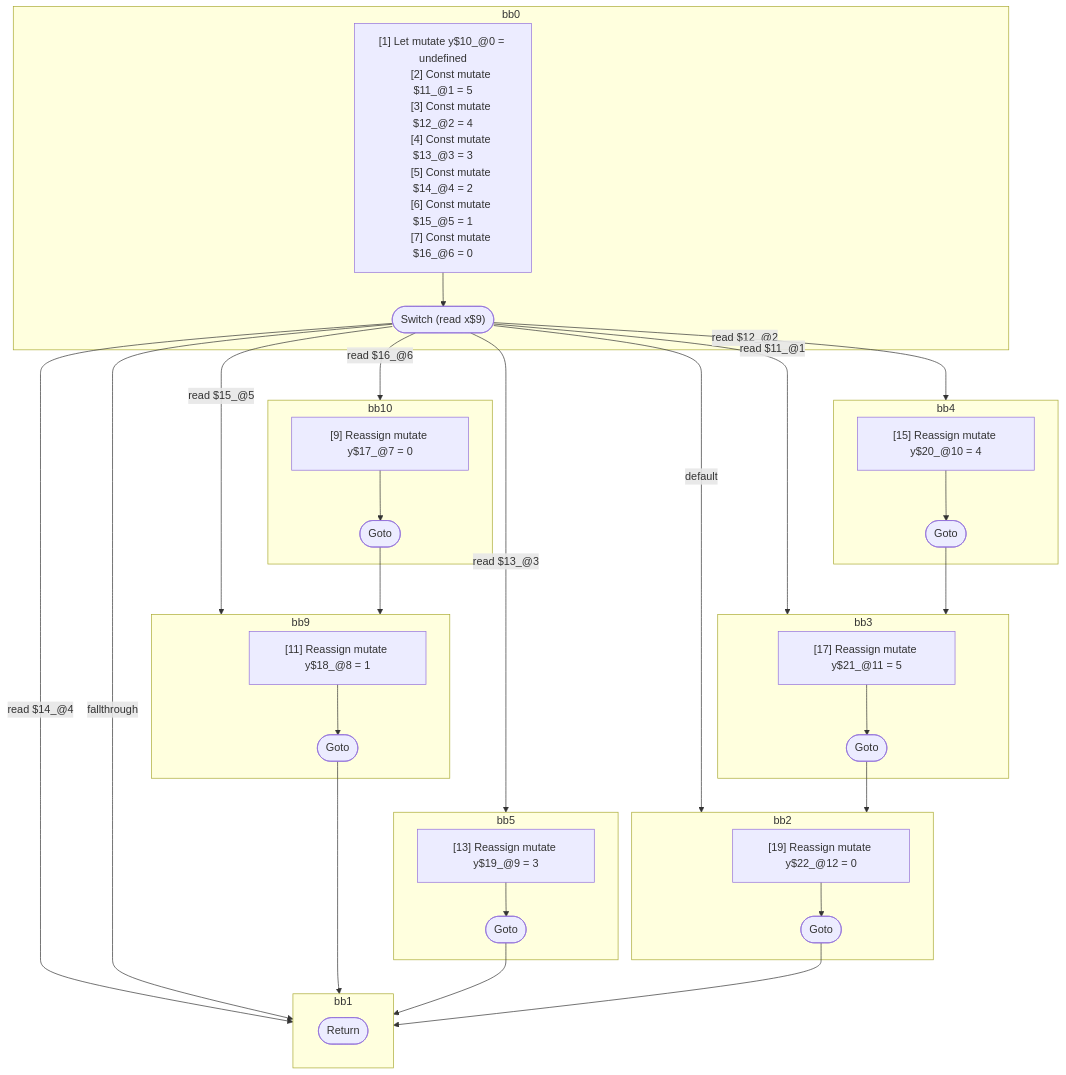
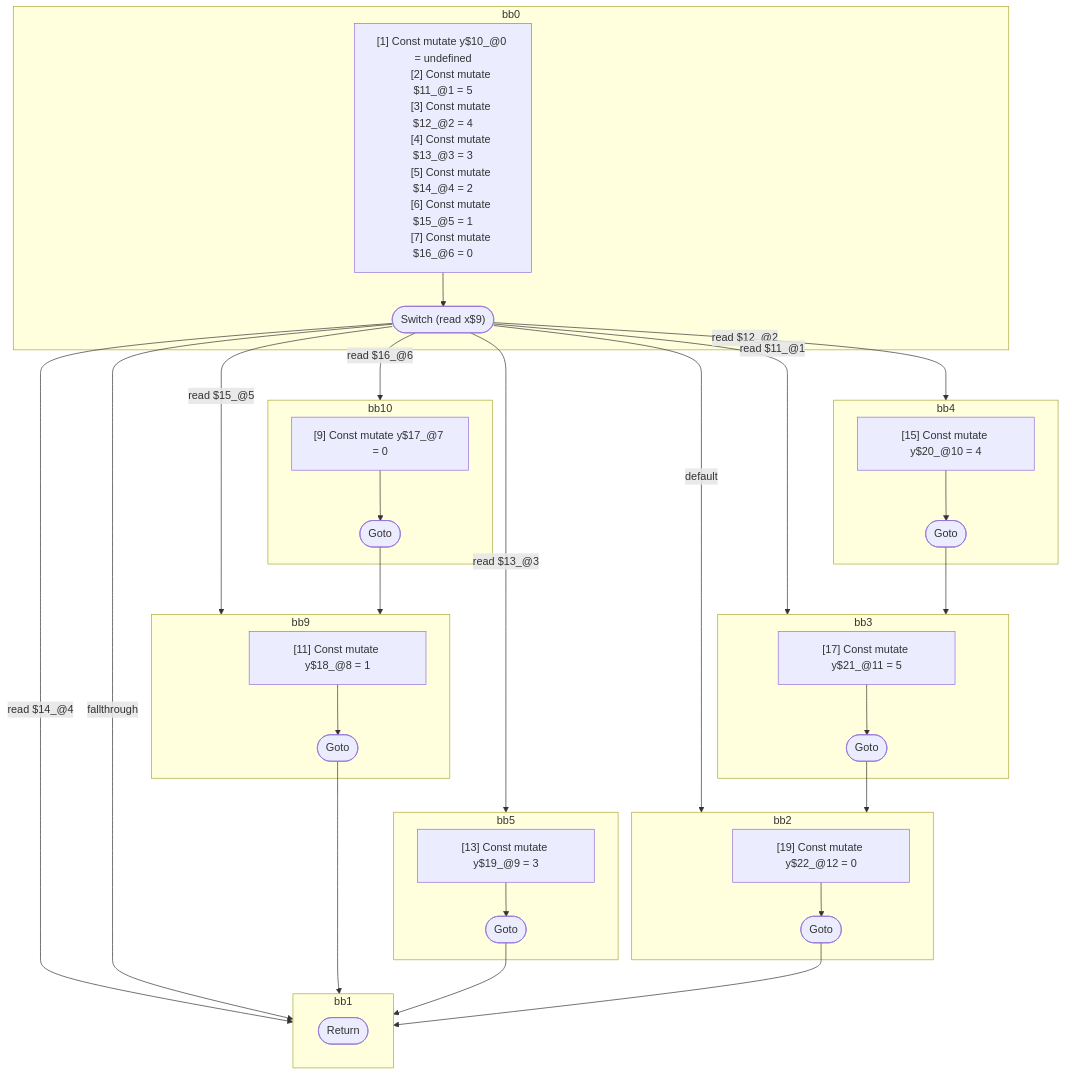
One commit to wutsmog/private changed the diagram in compiler/forget/src/__tests__/fixtures/hir/switch-with-fallthrough.expect.md. Above: the diagram before and after it, drawn with Mermaid. The commit also changed other lines of this file and 61 other files, not shown here.

````diff
--- a/compiler/forget/src/__tests__/fixtures/hir/switch-with-fallthrough.expect.md
+++ b/compiler/forget/src/__tests__/fixtures/hir/switch-with-fallthrough.expect.md
@@ -87,72 +87,72 @@
 ```mermaid
 flowchart TB
   %% Basic Blocks
   subgraph bb0
     bb0_instrs["
-      [1] Let mutate y$10_@0 = undefined
+      [1] Const mutate y$10_@0 = undefined
       [2] Const mutate $11_@1 = 5
       [3] Const mutate $12_@2 = 4
       [4] Const mutate $13_@3 = 3
       [5] Const mutate $14_@4 = 2
       [6] Const mutate $15_@5 = 1
       [7] Const mutate $16_@6 = 0
     "]
     bb0_instrs --> bb0_terminal(["Switch (read x$9)"])
   end
   subgraph bb10
     bb10_instrs["
-      [9] Reassign mutate y$17_@7 = 0
+      [9] Const mutate y$17_@7 = 0
     "]
     bb10_instrs --> bb10_terminal(["Goto"])
   end
   subgraph bb9
     bb9_instrs["
-      [11] Reassign mutate y$18_@8 = 1
+      [11] Const mutate y$18_@8 = 1
     "]
     bb9_instrs --> bb9_terminal(["Goto"])
   end
   subgraph bb5
     bb5_instrs["
-      [13] Reassign mutate y$19_@9 = 3
+      [13] Const mutate y$19_@9 = 3
     "]
     bb5_instrs --> bb5_terminal(["Goto"])
   end
   subgraph bb4
     bb4_instrs["
-      [15] Reassign mutate y$20_@10 = 4
+      [15] Const mutate y$20_@10 = 4
     "]
     bb4_instrs --> bb4_terminal(["Goto"])
   end
   subgraph bb3
     bb3_instrs["
-      [17] Reassign mutate y$21_@11 = 5
+      [17] Const mutate y$21_@11 = 5
     "]
     bb3_instrs --> bb3_terminal(["Goto"])
   end
   subgraph bb2
     bb2_instrs["
-      [19] Reassign mutate y$22_@12 = 0
+      [19] Const mutate y$22_@12 = 0
     "]
     bb2_instrs --> bb2_terminal(["Goto"])
   end
   subgraph bb1
     bb1_terminal(["Return"])
   end
 
   %% Jumps
   bb0_terminal -- "read $16_@6" --> bb10
   bb0_terminal -- "read $15_@5" --> bb9
   bb0_terminal -- "read $14_@4" --> bb1
   bb0_terminal -- "read $13_@3" --> bb5
   bb0_terminal -- "read $12_@2" --> bb4
   bb0_terminal -- "read $11_@1" --> bb3
   bb0_terminal -- "default" --> bb2
   bb0_terminal -- "fallthrough" --> bb1
   bb10_terminal --> bb9
   bb9_terminal --> bb1
   bb5_terminal --> bb1
   bb4_terminal --> bb3
   bb3_terminal --> bb2
   bb2_terminal --> bb1
 
 ```
````
